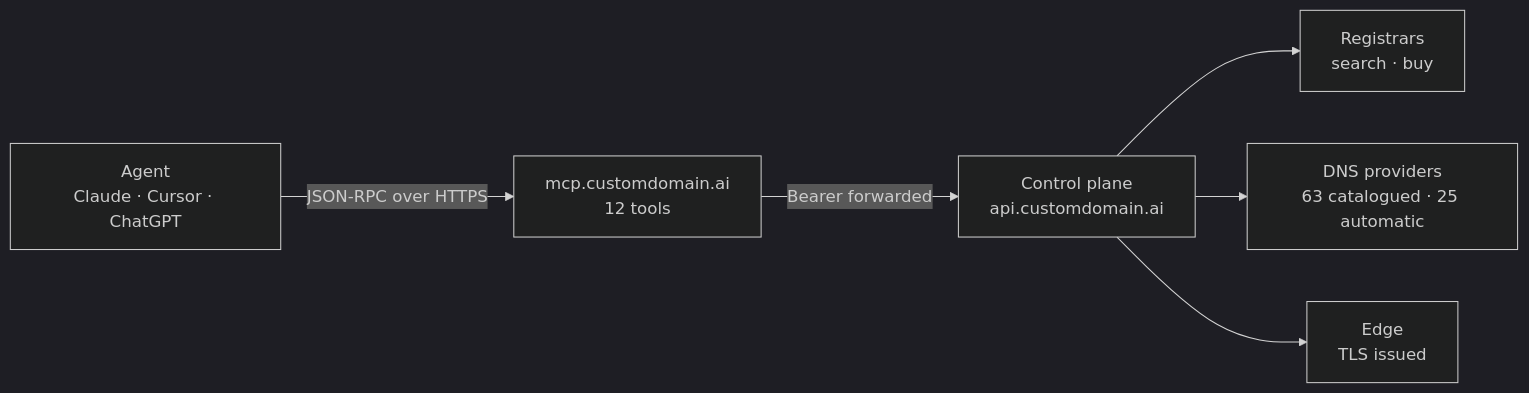
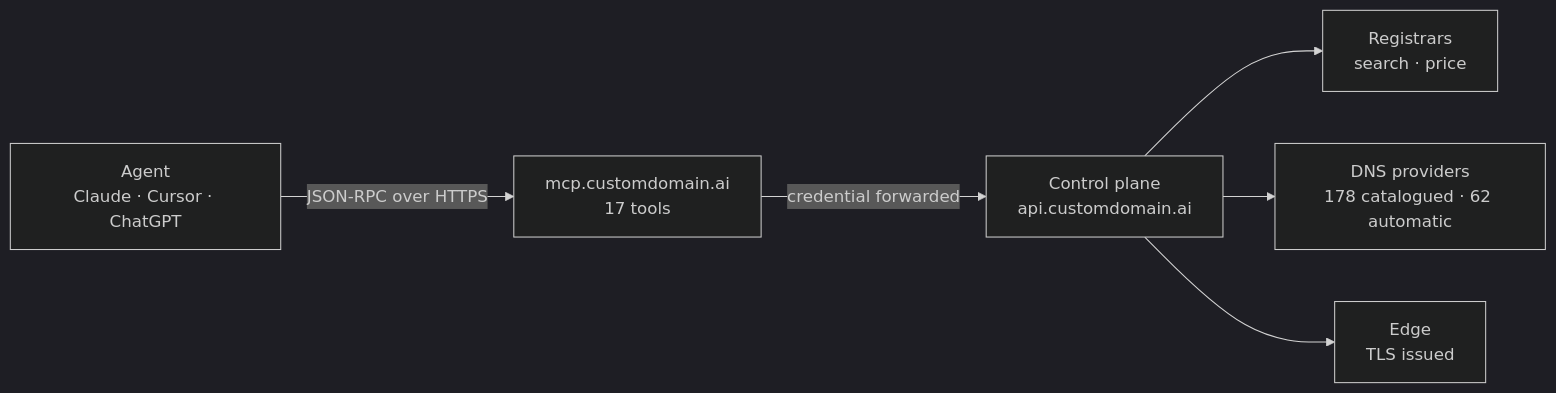
The first of 2 diagrams in README.md (CUSTOM-DOMAIN-APP/customdomain-mcp), drawn with Mermaid (dark theme) before and after one commit. The commit also changed other lines of this file and 3 other files, not shown here.

````diff
--- a/README.md
+++ b/README.md
@@ -29,8 +29,8 @@
 ```mermaid
 flowchart LR
-  A["Agent<br/>Claude · Cursor · ChatGPT"] -->|"JSON-RPC over HTTPS"| M["mcp.customdomain.ai<br/>12 tools"]
-  M -->|"Bearer forwarded"| C["Control plane<br/>api.customdomain.ai"]
-  C --> R["Registrars<br/>search · buy"]
-  C --> D["DNS providers<br/>63 catalogued · 25 automatic"]
+  A["Agent<br/>Claude · Cursor · ChatGPT"] -->|"JSON-RPC over HTTPS"| M["mcp.customdomain.ai<br/>17 tools"]
+  M -->|"credential forwarded"| C["Control plane<br/>api.customdomain.ai"]
+  C --> R["Registrars<br/>search · price"]
+  C --> D["DNS providers<br/>178 catalogued · 62 automatic"]
   C --> E["Edge<br/>TLS issued"]
 ```
````
